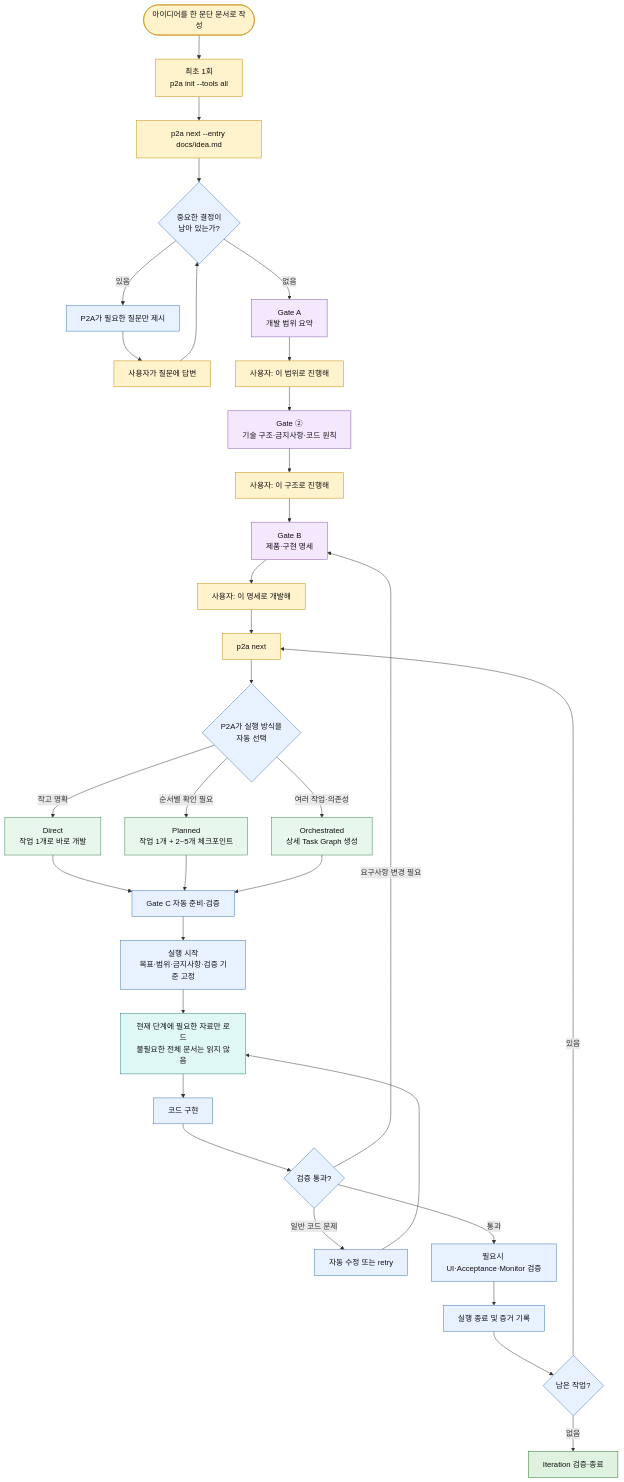
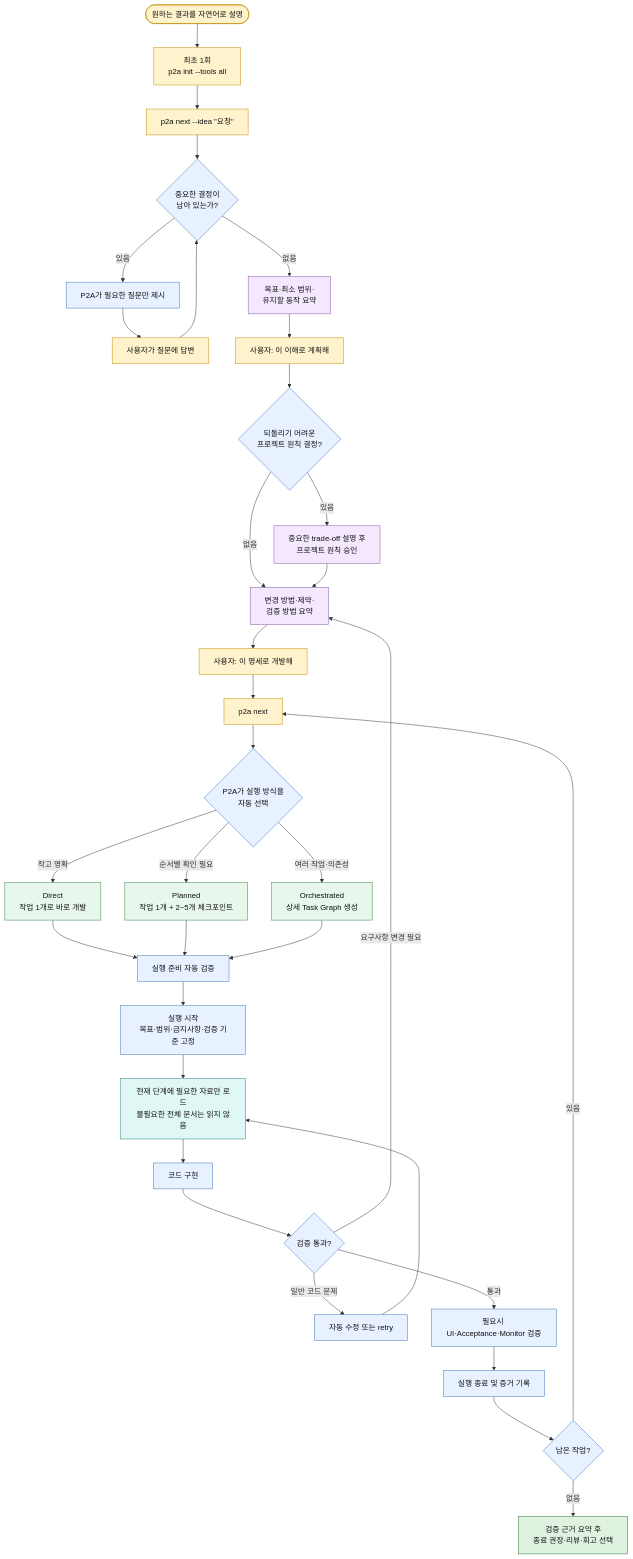
The first of 2 diagrams in docs/adaptive-harness-user-flow.md (silbaram/plan2agent), drawn with Mermaid before and after one commit. The commit also changed other lines of this file and 83 other files, not shown here.

````diff
--- a/docs/adaptive-harness-user-flow.md
+++ b/docs/adaptive-harness-user-flow.md
@@ -11,56 +11,57 @@
 ```mermaid
 flowchart TD
-    A(["아이디어를 한 문단 문서로 작성"]):::user
+    A(["원하는 결과를 자연어로 설명"]):::user
     B["최초 1회<br/>p2a init --tools all"]:::user
-    C["p2a next --entry docs/idea.md"]:::user
+    C["p2a next --idea &quot;요청&quot;"]:::user
 
     A --> B --> C
     C --> D{"중요한 결정이<br/>남아 있는가?"}:::auto
 
     D -->|"있음"| E["P2A가 필요한 질문만 제시"]:::auto
     E --> F["사용자가 질문에 답변"]:::user
     F --> D
 
-    D -->|"없음"| G["Gate A<br/>개발 범위 요약"]:::gate
-    G --> H["사용자: 이 범위로 진행해"]:::user
+    D -->|"없음"| G["목표·최소 범위·<br/>유지할 동작 요약"]:::gate
+    G --> H["사용자: 이 이해로 계획해"]:::user
 
-    H --> I["Gate ②<br/>기술 구조·금지사항·코드 원칙"]:::gate
-    I --> J["사용자: 이 구조로 진행해"]:::user
+    H --> I{"되돌리기 어려운<br/>프로젝트 원칙 결정?"}:::auto
+    I -->|"있음"| J["중요한 trade-off 설명 후<br/>프로젝트 원칙 승인"]:::gate
+    I -->|"없음"| K["변경 방법·제약·<br/>검증 방법 요약"]:::gate
+    J --> K
 
-    J --> K["Gate B<br/>제품·구현 명세"]:::gate
     K --> L["사용자: 이 명세로 개발해"]:::user
 
     L --> M["p2a next"]:::user
     M --> N{"P2A가 실행 방식을<br/>자동 선택"}:::auto
 
     N -->|"작고 명확"| O["Direct<br/>작업 1개로 바로 개발"]:::mode
     N -->|"순서별 확인 필요"| P["Planned<br/>작업 1개 + 2~5개 체크포인트"]:::mode
     N -->|"여러 작업·의존성"| Q["Orchestrated<br/>상세 Task Graph 생성"]:::mode
 
-    O --> R["Gate C 자동 준비·검증"]:::auto
+    O --> R["실행 준비 자동 검증"]:::auto
     P --> R
     Q --> R
 
     R --> S["실행 시작<br/>목표·범위·금지사항·검증 기준 고정"]:::auto
     S --> T["현재 단계에 필요한 자료만 로드<br/>불필요한 전체 문서는 읽지 않음"]:::new
     T --> U["코드 구현"]:::auto
 
     U --> V{"검증 통과?"}:::auto
     V -->|"일반 코드 문제"| W["자동 수정 또는 retry"]:::auto
     W --> T
 
     V -->|"요구사항 변경 필요"| K
     V -->|"통과"| X["필요시 UI·Acceptance·Monitor 검증"]:::auto
 
     X --> Y["실행 종료 및 증거 기록"]:::auto
     Y --> Z{"남은 작업?"}:::auto
     Z -->|"있음"| M
-    Z -->|"없음"| AA["Iteration 검증·종료"]:::done
+    Z -->|"없음"| AA["검증 근거 요약 후<br/>종료 권장·리뷰·회고 선택"]:::done
 
     classDef user fill:#fff3cd,stroke:#c58b00,color:#111;
     classDef auto fill:#e8f1ff,stroke:#3973b7,color:#111;
     classDef gate fill:#f4e8ff,stroke:#8055a6,color:#111;
     classDef mode fill:#e7f7ec,stroke:#34834b,color:#111;
     classDef new fill:#dff7f5,stroke:#208078,color:#111;
     classDef done fill:#dff2df,stroke:#267326,color:#111;
 ```
````
